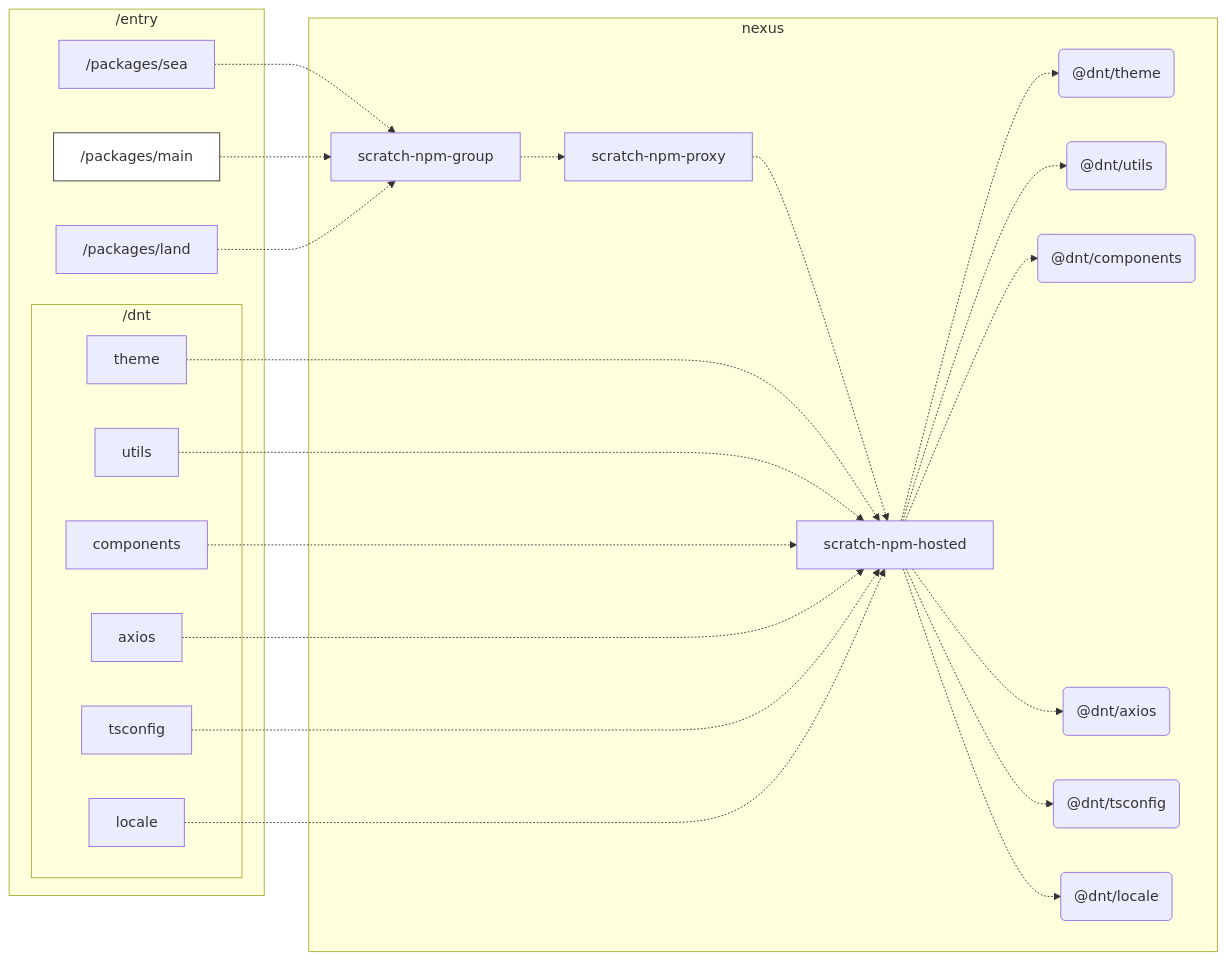
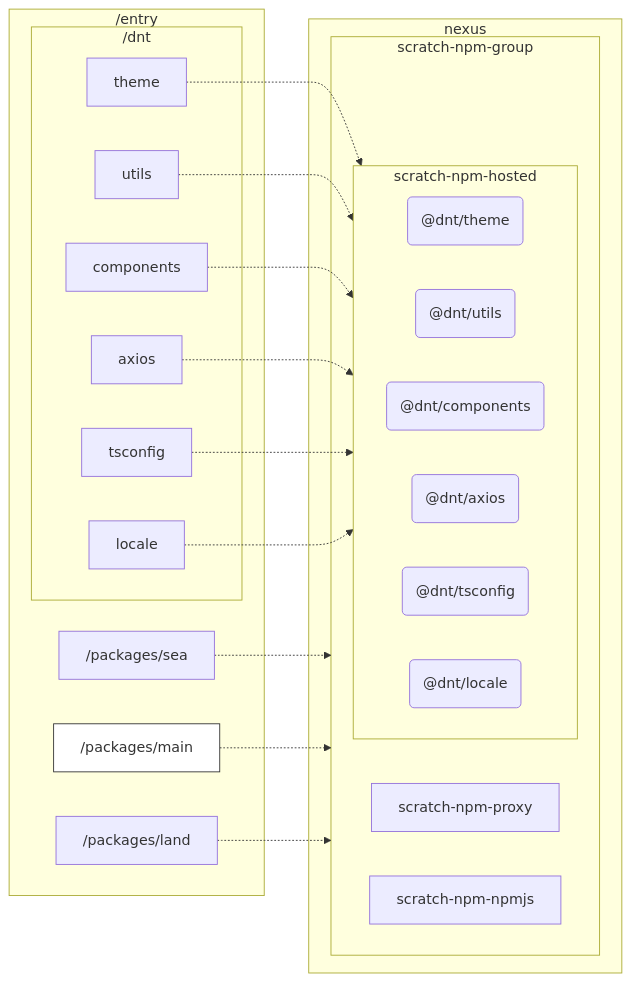
Before and after one commit to xuyanzhuqing/micro-qiankun: the first of 2 diagrams in readme.md, drawn with Mermaid.

````diff
--- a/readme.md
+++ b/readme.md
@@ -2,34 +2,33 @@
 ```mermaid
 flowchart LR
     subgraph nexus
-    npm_theme(&#64dnt/theme)
-    npm_utils(&#64dnt/utils)
-    npm_components(&#64dnt/components)
-    npm_axios(&#64dnt/axios)
-    npm_tsconfig(&#64dnt/tsconfig)
-    npm_locale(&#64dnt/locale)
-    scratch-npm-group-.->scratch-npm-proxy
-    scratch-npm-proxy-.->scratch-npm-hosted
-    scratch-npm-hosted-.->npm_theme
-    scratch-npm-hosted-.->npm_utils
-    scratch-npm-hosted-.->npm_components
-    scratch-npm-hosted-.->npm_axios
-    scratch-npm-hosted-.->npm_tsconfig
-    scratch-npm-hosted-.->npm_locale
+        subgraph scratch-npm-group
+            scratch-npm-proxy
+            scratch-npm-npmjs
+                subgraph scratch-npm-hosted
+                    direction LR
+                    npm_theme(&#64dnt/theme)
+                    npm_utils(&#64dnt/utils)
+                    npm_components(&#64dnt/components)
+                    npm_axios(&#64dnt/axios)
+                    npm_tsconfig(&#64dnt/tsconfig)
+                    npm_locale(&#64dnt/locale)
+                end
+        end
     end
 
     subgraph /entry
     /packages/sea-.->scratch-npm-group
     /packages/main-.->scratch-npm-group
     /packages/land-.->scratch-npm-group
     style /packages/main fill:#fff,stroke:#333,stroke-width:1px
         subgraph /dnt
-        theme-.->scratch-npm-hosted
-        utils-.->scratch-npm-hosted
-        components-.->scratch-npm-hosted
-        axios-.->scratch-npm-hosted
-        tsconfig-.->scratch-npm-hosted
-        locale-.->scratch-npm-hosted
+        theme-.->npm_theme
+        utils-.->npm_utils
+        components-.->npm_components
+        axios-.->npm_axios
+        tsconfig-.->npm_tsconfig
+        locale-.->npm_locale
         end
     end
 ```
````
